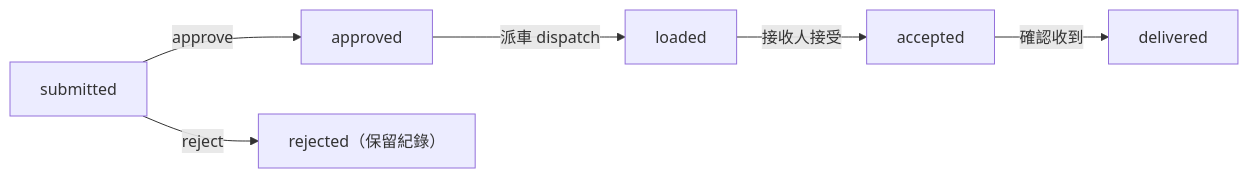
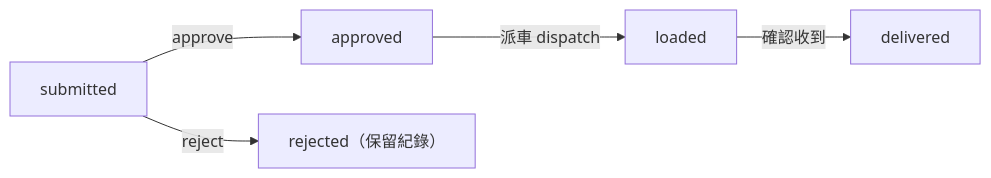
The second of 6 diagrams in docs/LOGIC.md (khcheng77/car-transport), drawn with Mermaid before and after one commit. The commit also changed other lines of this file and 8 other files, not shown here.

````diff
--- a/docs/LOGIC.md
+++ b/docs/LOGIC.md
@@ -232,8 +265,7 @@
 ```mermaid
 flowchart LR
   s1["submitted"] -->|approve| s2["approved"]
   s1 -->|reject| sr["rejected（保留紀錄）"]
   s2 -->|派車 dispatch| s3["loaded"]
-  s3 -->|接收人接受| s4["accepted"]
-  s4 -->|確認收到| s5["delivered"]
+  s3 -->|確認收到| s5["delivered"]
 ```
````
